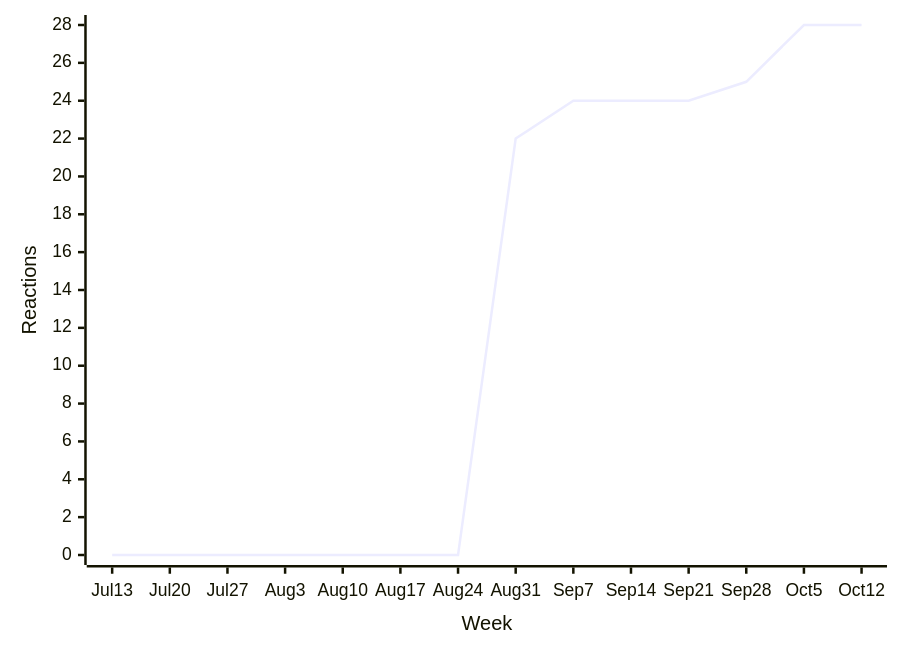
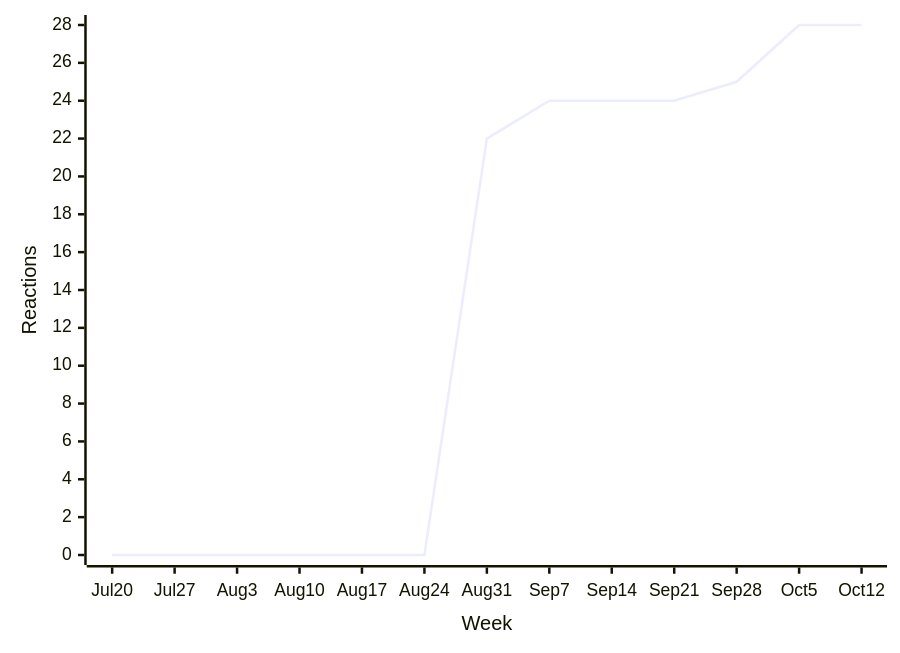
Before and after one commit to loic-sharma/github-insights: the second of 38 diagrams in README.md, drawn with Mermaid. The commit also changed other lines of this file and 3 other files, not shown here.

````diff
--- a/README.md
+++ b/README.md
@@ -341,6 +341,6 @@
   ```mermaid
   xychart-beta
-    x-axis "Week" [Jul 13, Jul 20, Jul 27, Aug 3, Aug 10, Aug 17, Aug 24, Aug 31, Sep 7, Sep 14, Sep 21, Sep 28, Oct 5, Oct 12]
+    x-axis "Week" [Jul 20, Jul 27, Aug 3, Aug 10, Aug 17, Aug 24, Aug 31, Sep 7, Sep 14, Sep 21, Sep 28, Oct 5, Oct 12]
     y-axis "Reactions"
-    line [0, 0, 0, 0, 0, 0, 0, 22, 24, 24, 24, 25, 28, 28]
+    line [0, 0, 0, 0, 0, 0, 22, 24, 24, 24, 25, 28, 28]
   ```
````
